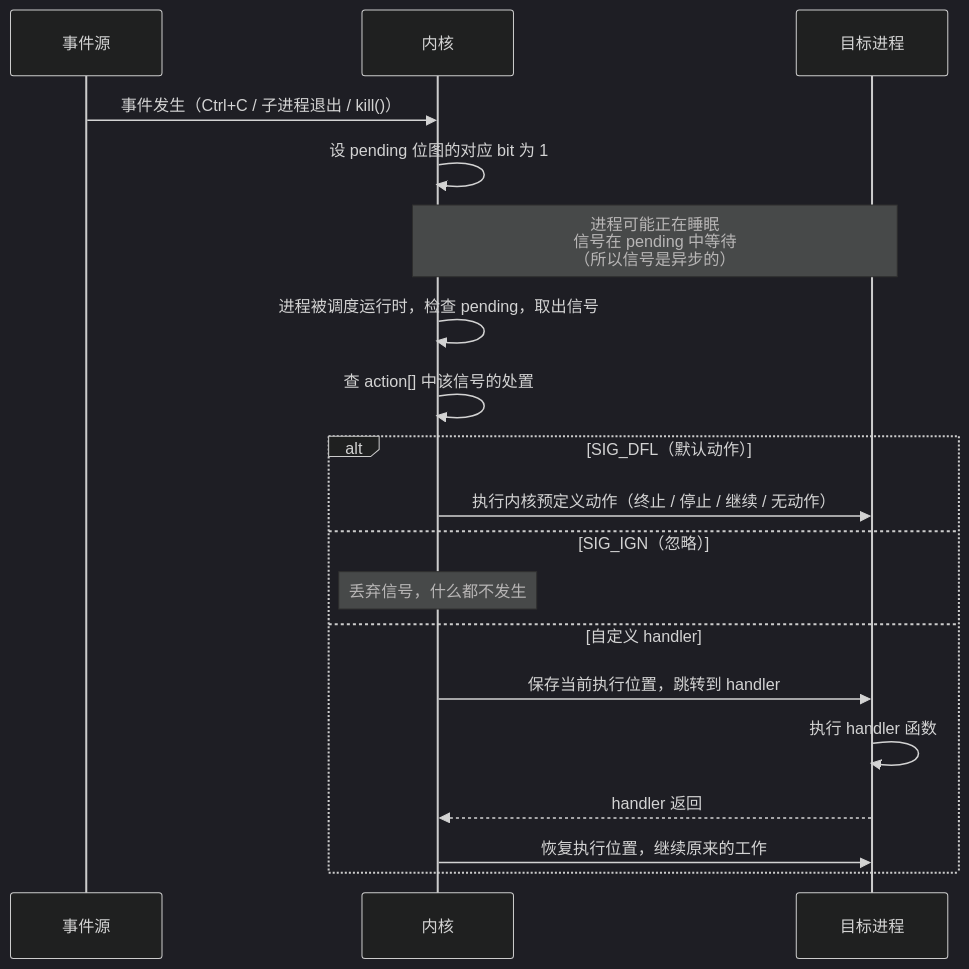
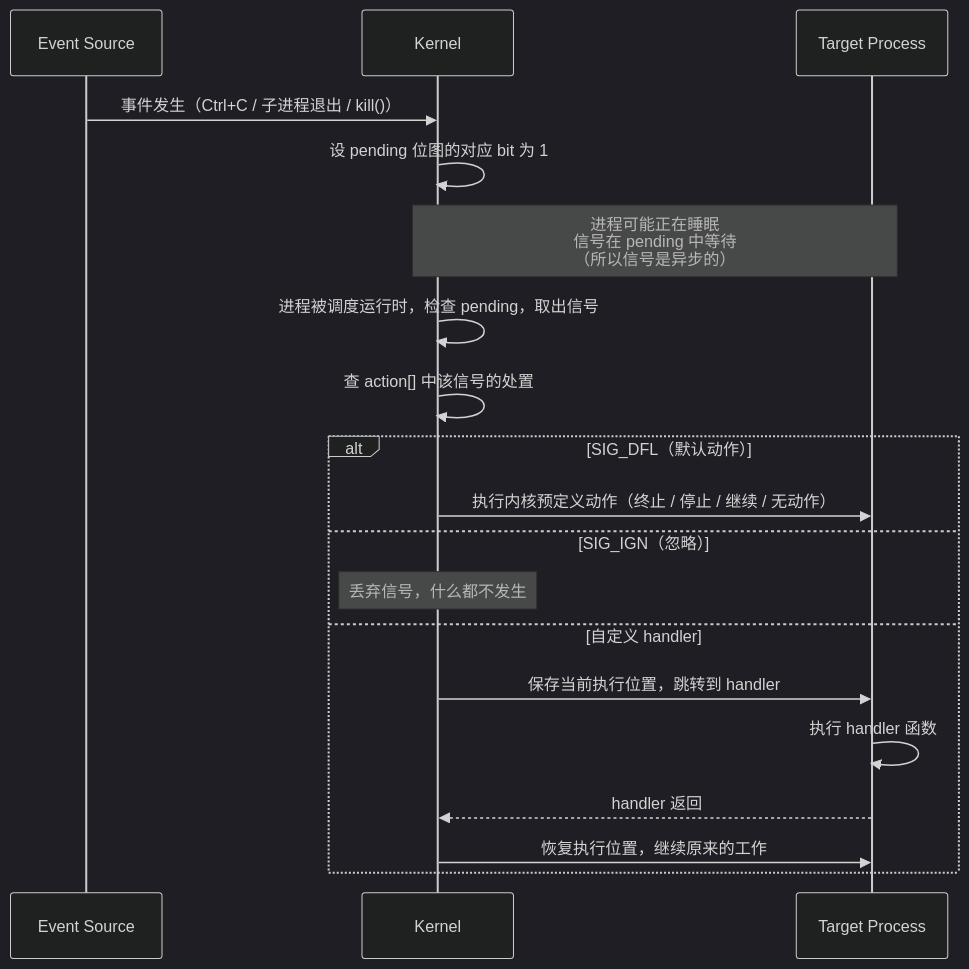
One commit to lilhammerfun/hands-on-os changed the first of 2 diagrams in course/process/02-signal.md. Above: the diagram before and after it, drawn with Mermaid (dark theme). The commit also changed other lines of this file and 3 other files, not shown here.

````diff
--- a/course/process/02-signal.md
+++ b/course/process/02-signal.md
@@ -42,25 +42,25 @@
 ```mermaid
 sequenceDiagram
-    participant S as 事件源
-    participant K as 内核
-    participant P as 目标进程
+    participant S as Event Source
+    participant K as Kernel
+    participant P as Target Process
 
     S->>K: 事件发生（Ctrl+C / 子进程退出 / kill()）
     K->>K: 设 pending 位图的对应 bit 为 1
 
     Note over K,P: 进程可能正在睡眠<br/>信号在 pending 中等待<br/>（所以信号是异步的）
 
     K->>K: 进程被调度运行时，检查 pending，取出信号
     K->>K: 查 action[] 中该信号的处置
 
     alt SIG_DFL（默认动作）
         K->>P: 执行内核预定义动作（终止 / 停止 / 继续 / 无动作）
     else SIG_IGN（忽略）
         Note over K: 丢弃信号，什么都不发生
     else 自定义 handler
         K->>P: 保存当前执行位置，跳转到 handler
         P->>P: 执行 handler 函数
         P-->>K: handler 返回
         K->>P: 恢复执行位置，继续原来的工作
     end
 ```
````
